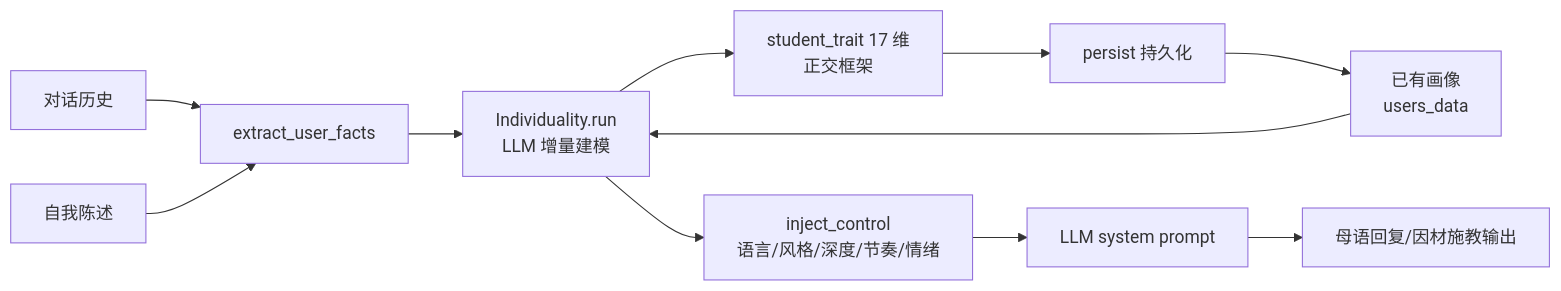
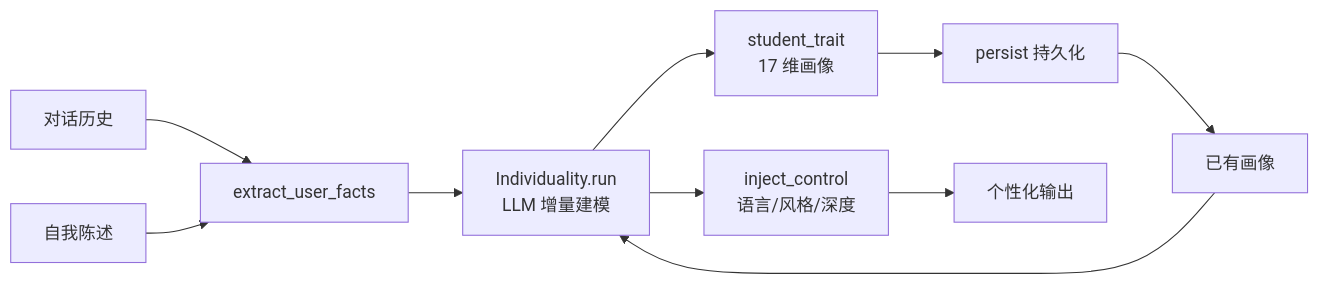
Before and after one commit to Golden2002/PAEG: the third of 6 diagrams in ARCHITECTURE_LINKS.md, drawn with Mermaid. The commit also changed other lines of this file, not shown here.

Commit message:
v0.24 文档优化：链路图分层展开（L0总览+L1细图，23张图全部≤15节点）

````diff
--- a/ARCHITECTURE_LINKS.md
+++ b/ARCHITECTURE_LINKS.md
@@ -121,13 +66,12 @@
 ```mermaid
 flowchart LR
     H["对话历史"] --> F["extract_user_facts"]
-    SD["自我陈述"] --> F
+    S["自我陈述"] --> F
     F --> IM["Individuality.run<br/>LLM 增量建模"]
-    OLD["已有画像<br/>users_data"] --> IM
-    IM --> T["student_trait 17 维<br/>正交框架"]
+    OLD["已有画像"] --> IM
+    IM --> T["student_trait<br/>17 维画像"]
     T --> P["persist 持久化"]
     P --> OLD
-    IM --> C["inject_control<br/>语言/风格/深度/节奏/情绪"]
-    C --> SYS["LLM system prompt"]
-    SYS --> OUT["母语回复/因材施教输出"]
+    IM --> C["inject_control<br/>语言/风格/深度"]
+    C --> OUT["个性化输出"]
 ```
````
